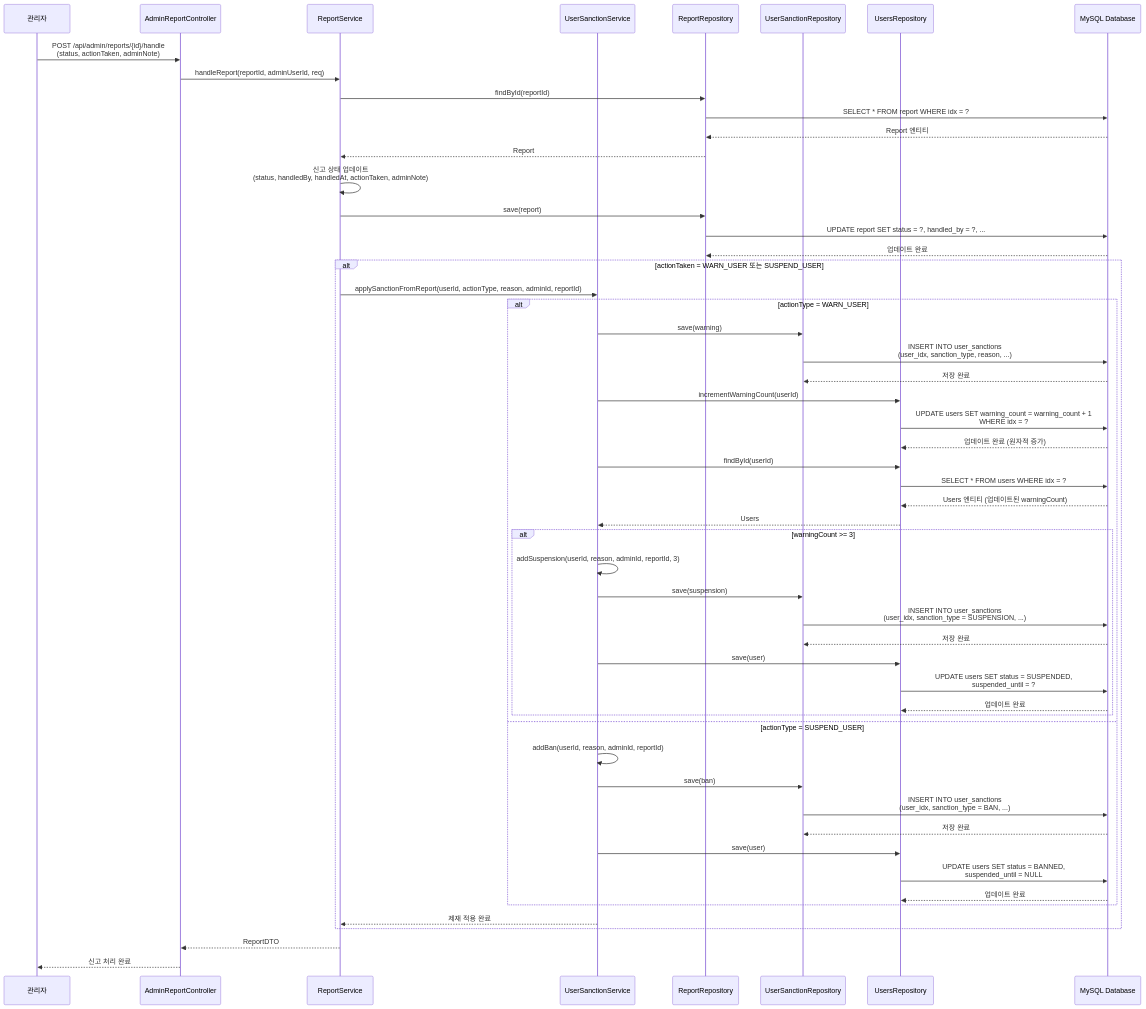
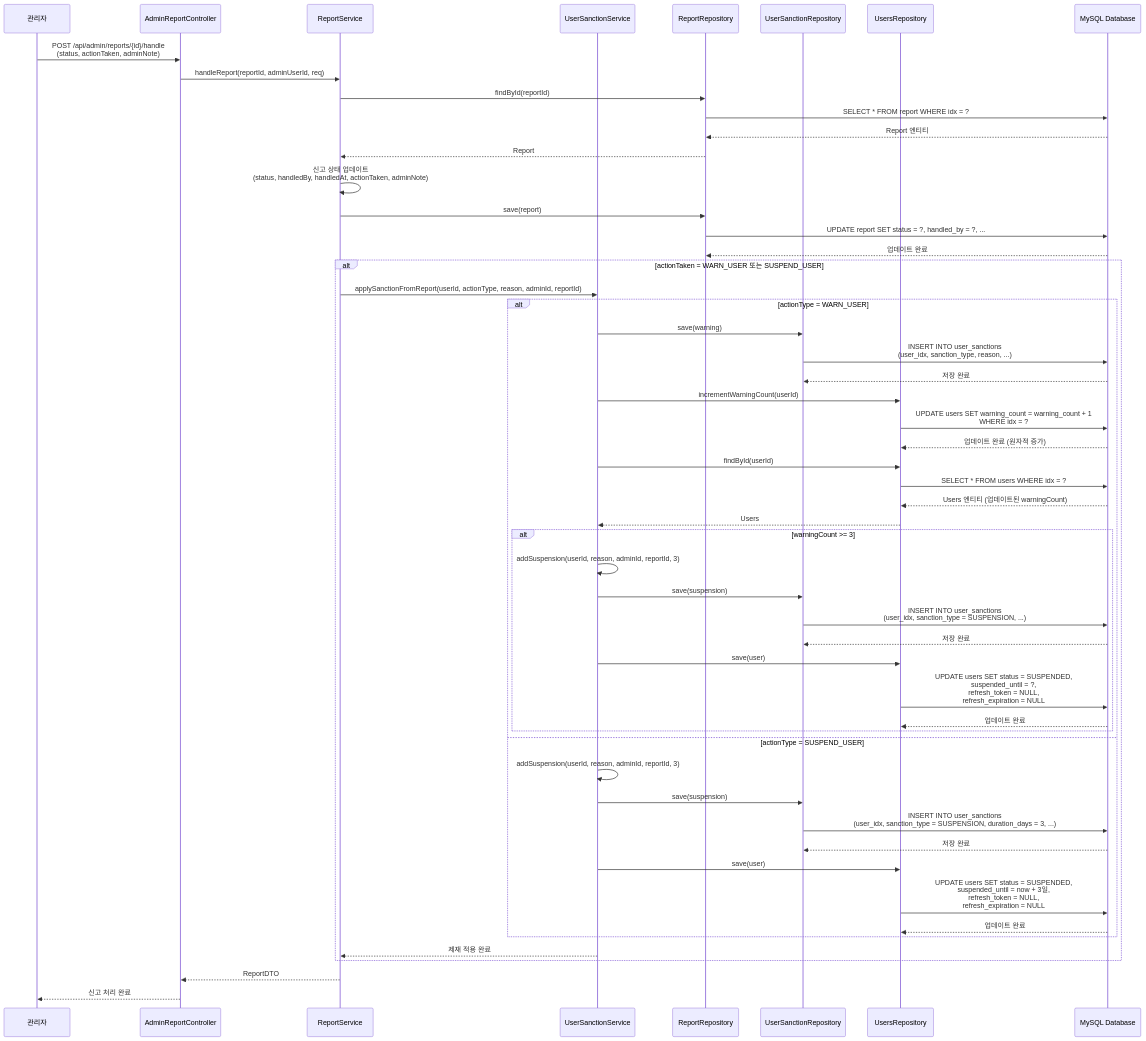
One commit to makkong1/Petory changed the third of 5 diagrams in docs/architecture/user/신고 및 제재 시스템 아키텍처.md. Above: the diagram before and after it, drawn with Mermaid. The commit also changed other lines of this file and 1 other file, not shown here.

Commit message:
docs(user): update sanction architecture

````diff
--- a/docs/architecture/user/신고 및 제재 시스템 아키텍처.md
+++ b/docs/architecture/user/신고 및 제재 시스템 아키텍처.md
@@ -775,68 +788,68 @@
 ```mermaid
 sequenceDiagram
     participant Admin as 관리자
     participant AC as AdminReportController
     participant RS as ReportService
     participant USS as UserSanctionService
     participant RR as ReportRepository
     participant USR as UserSanctionRepository
     participant UR as UsersRepository
     participant MySQL as MySQL Database
     
     Admin->>AC: POST /api/admin/reports/{id}/handle<br/>(status, actionTaken, adminNote)
     AC->>RS: handleReport(reportId, adminUserId, req)
     
     RS->>RR: findById(reportId)
     RR->>MySQL: SELECT * FROM report WHERE idx = ?
     MySQL-->>RR: Report 엔티티
     RR-->>RS: Report
     
     RS->>RS: 신고 상태 업데이트<br/>(status, handledBy, handledAt, actionTaken, adminNote)
     RS->>RR: save(report)
     RR->>MySQL: UPDATE report SET status = ?, handled_by = ?, ...
     MySQL-->>RR: 업데이트 완료
     
     alt actionTaken = WARN_USER 또는 SUSPEND_USER
         RS->>USS: applySanctionFromReport(userId, actionType, reason, adminId, reportId)
         
         alt actionType = WARN_USER
             USS->>USR: save(warning)
             USR->>MySQL: INSERT INTO user_sanctions<br/>(user_idx, sanction_type, reason, ...)
             MySQL-->>USR: 저장 완료
             
             USS->>UR: incrementWarningCount(userId)
             UR->>MySQL: UPDATE users SET warning_count = warning_count + 1<br/>WHERE idx = ?
             MySQL-->>UR: 업데이트 완료 (원자적 증가)
             
             USS->>UR: findById(userId)
             UR->>MySQL: SELECT * FROM users WHERE idx = ?
             MySQL-->>UR: Users 엔티티 (업데이트된 warningCount)
             UR-->>USS: Users
             
             alt warningCount >= 3
                 USS->>USS: addSuspension(userId, reason, adminId, reportId, 3)
                 USS->>USR: save(suspension)
                 USR->>MySQL: INSERT INTO user_sanctions<br/>(user_idx, sanction_type = SUSPENSION, ...)
                 MySQL-->>USR: 저장 완료
                 
                 USS->>UR: save(user)
-                UR->>MySQL: UPDATE users SET status = SUSPENDED,<br/>suspended_until = ?
+                UR->>MySQL: UPDATE users SET status = SUSPENDED,<br/>suspended_until = ?,<br/>refresh_token = NULL,<br/>refresh_expiration = NULL
                 MySQL-->>UR: 업데이트 완료
             end
         else actionType = SUSPEND_USER
-            USS->>USS: addBan(userId, reason, adminId, reportId)
-            USS->>USR: save(ban)
-            USR->>MySQL: INSERT INTO user_sanctions<br/>(user_idx, sanction_type = BAN, ...)
+            USS->>USS: addSuspension(userId, reason, adminId, reportId, 3)
+            USS->>USR: save(suspension)
+            USR->>MySQL: INSERT INTO user_sanctions<br/>(user_idx, sanction_type = SUSPENSION, duration_days = 3, ...)
             MySQL-->>USR: 저장 완료
             
             USS->>UR: save(user)
-            UR->>MySQL: UPDATE users SET status = BANNED,<br/>suspended_until = NULL
+            UR->>MySQL: UPDATE users SET status = SUSPENDED,<br/>suspended_until = now + 3일,<br/>refresh_token = NULL,<br/>refresh_expiration = NULL
             MySQL-->>UR: 업데이트 완료
         end
         
         USS-->>RS: 제재 적용 완료
     end
     
     RS-->>AC: ReportDTO
     AC-->>Admin: 신고 처리 완료
 ```
````
